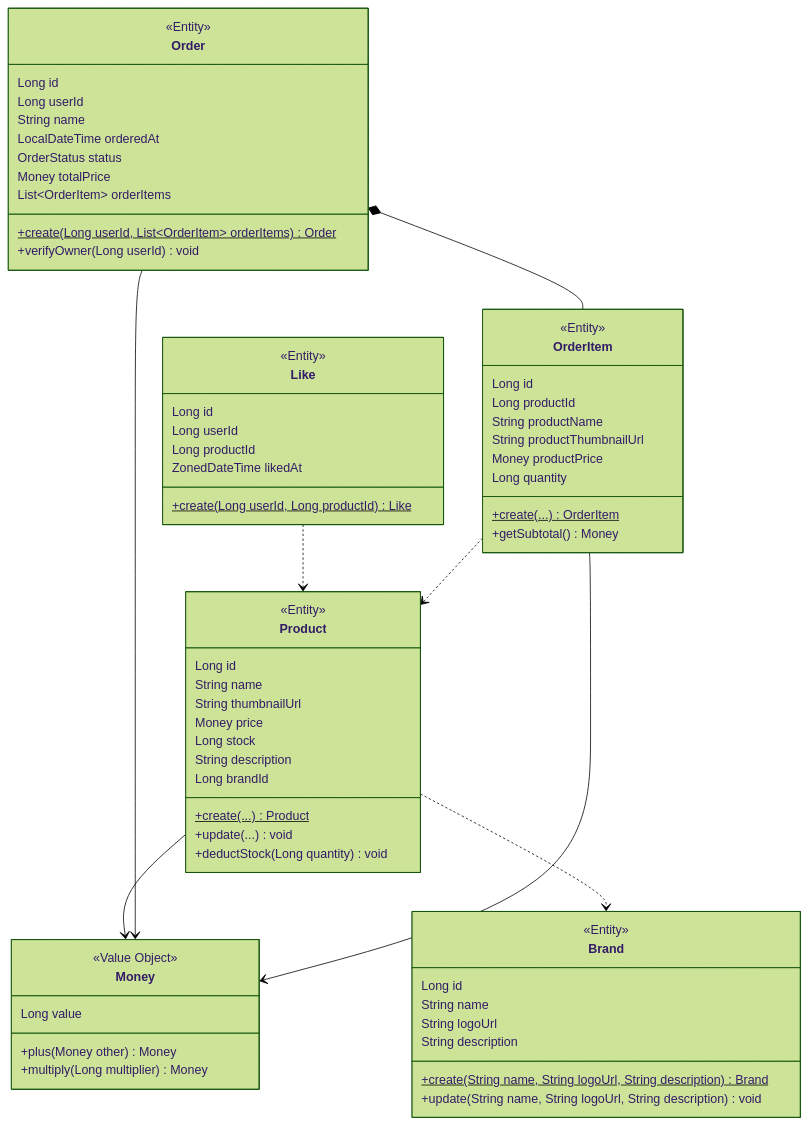
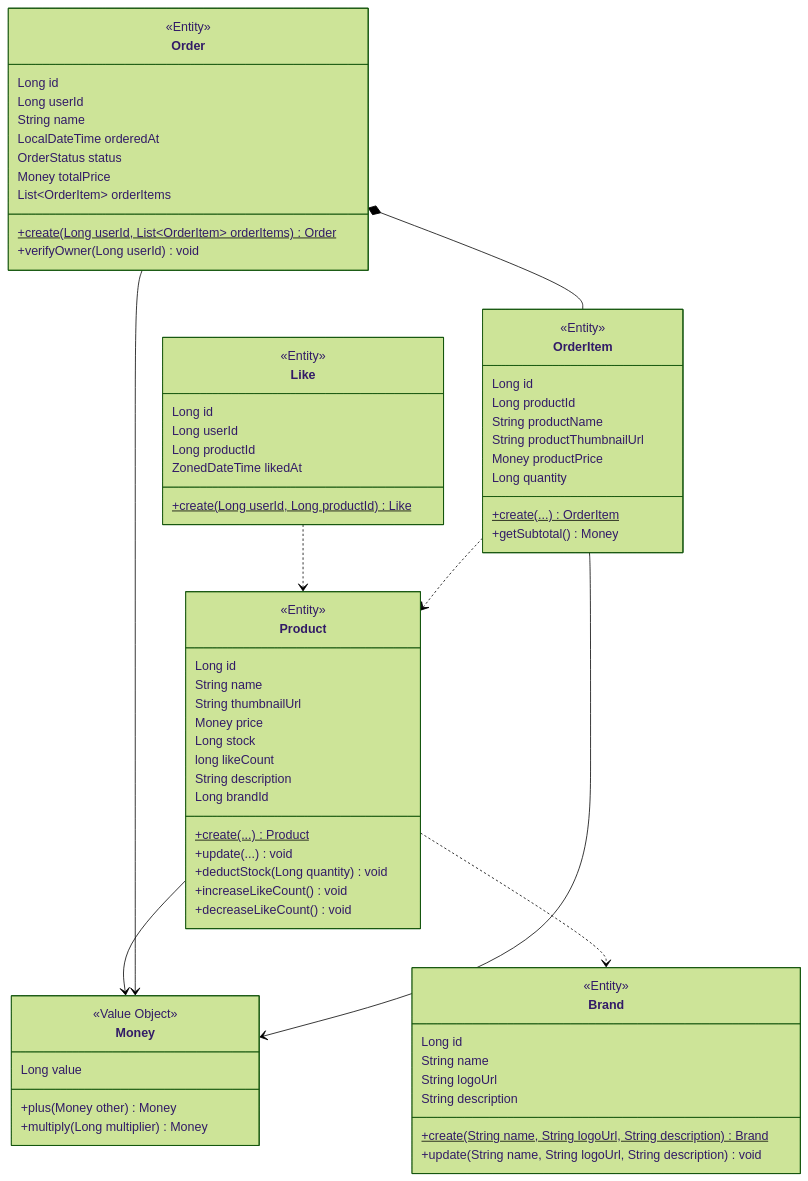
One commit to Loopers-dev-lab/loop-pack-be-l2-vol3-java changed the diagram in .docs/design/03-class-diagram.md. Above: the diagram before and after it, drawn with Mermaid (forest theme). The commit also changed other lines of this file and 14 other files, not shown here.

```diff
--- a/.docs/design/03-class-diagram.md
+++ b/.docs/design/03-class-diagram.md
@@ -63,11 +63,14 @@
         String thumbnailUrl
         Money price
         Long stock
+        long likeCount
         String description
         Long brandId
         +create(...)$ Product
         +update(...) void
         +deductStock(Long quantity) void
+        +increaseLikeCount() void
+        +decreaseLikeCount() void
     }
 
     %% ── Like ──
```
